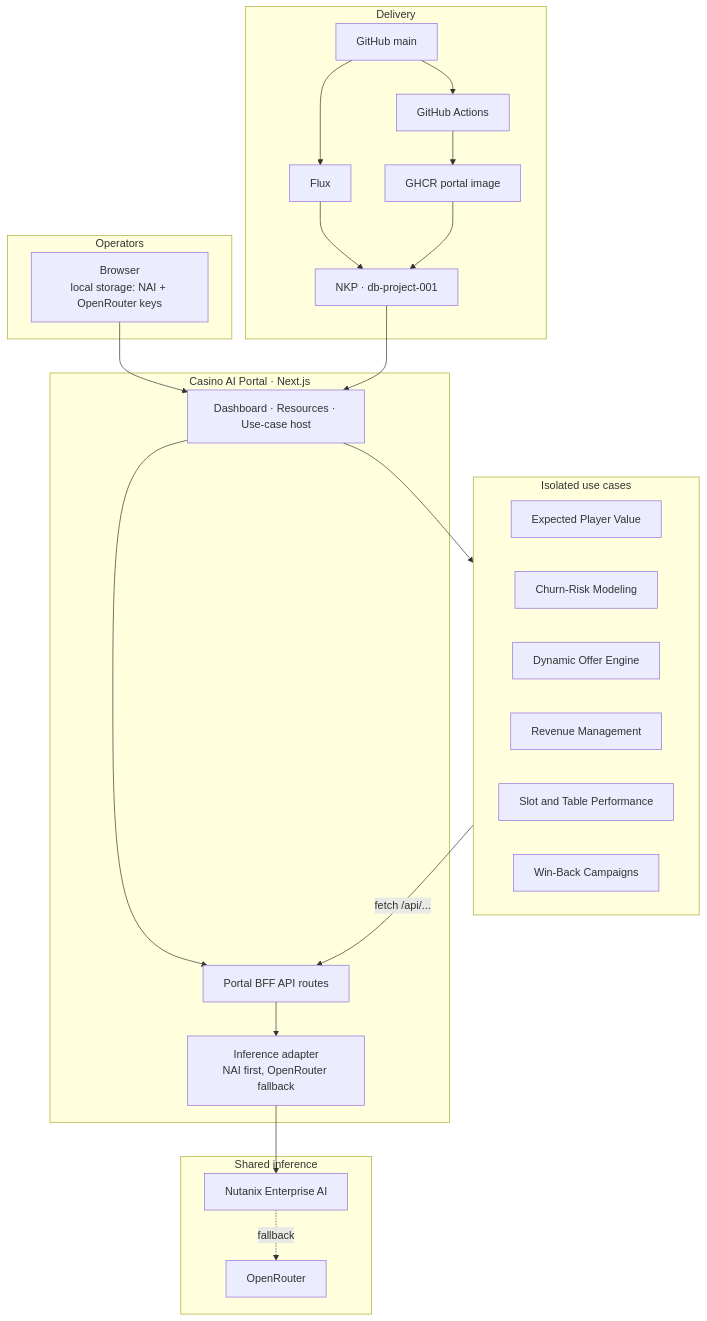
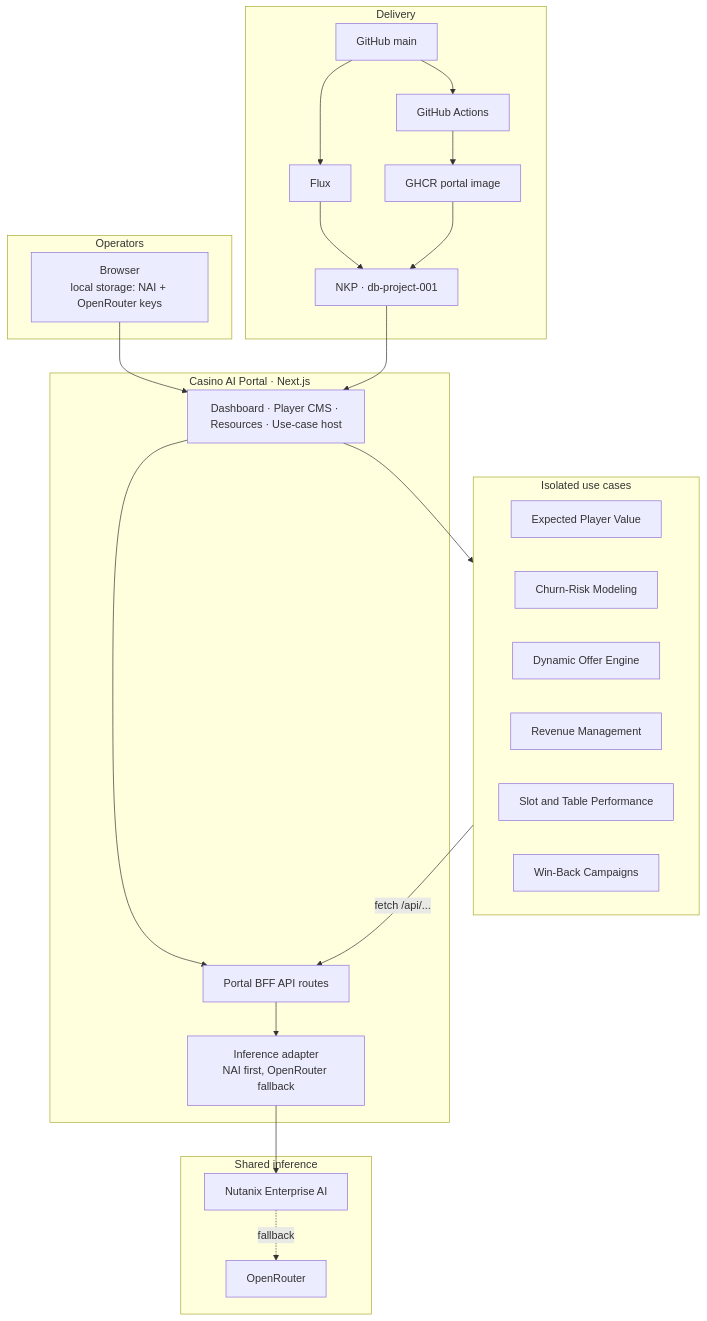
Before and after one commit to script-repo/ucdemo-001-casino: the diagram in README.md, drawn with Mermaid. The commit also changed other lines of this file and 15 other files, not shown here.

Commit message:
Add a synthetic player CMS so hosts can open real patron records from the AI queues.

````diff
--- a/README.md
+++ b/README.md
@@ -35,46 +35,46 @@
 ```mermaid
 flowchart TB
   subgraph operators["Operators"]
     Browser["Browser<br/>local storage: NAI + OpenRouter keys"]
   end
 
   subgraph portal["Casino AI Portal · Next.js"]
-    UI["Dashboard · Resources · Use-case host"]
+    UI["Dashboard · Player CMS · Resources · Use-case host"]
     BFF["Portal BFF API routes"]
     GW["Inference adapter<br/>NAI first, OpenRouter fallback"]
     UI --> BFF
     BFF --> GW
   end
 
   subgraph usecases["Isolated use cases"]
     EPV["Expected Player Value"]
     Churn["Churn-Risk Modeling"]
     Offer["Dynamic Offer Engine"]
     Rev["Revenue Management"]
     Floor["Slot and Table Performance"]
     Win["Win-Back Campaigns"]
   end
 
   subgraph inference["Shared inference"]
     NAI["Nutanix Enterprise AI"]
     OR["OpenRouter"]
   end
 
   subgraph gitops["Delivery"]
     Git["GitHub main"]
     GHA["GitHub Actions"]
     GHCR["GHCR portal image"]
     Flux["Flux"]
     NKP["NKP · db-project-001"]
   end
 
   Browser --> UI
   UI --> usecases
   usecases -->|"fetch /api/..."| BFF
   GW --> NAI
   NAI -.->|"fallback"| OR
   Git --> GHA --> GHCR
   Git --> Flux --> NKP
   GHCR --> NKP
   NKP --> UI
 ```
````
